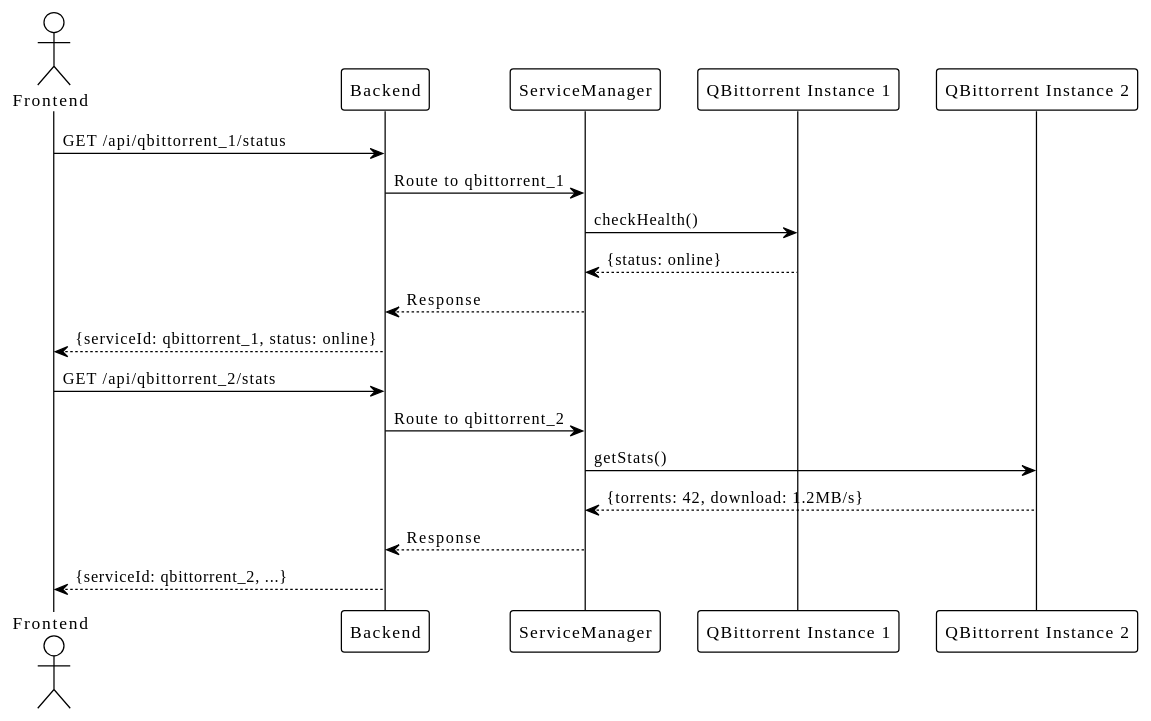
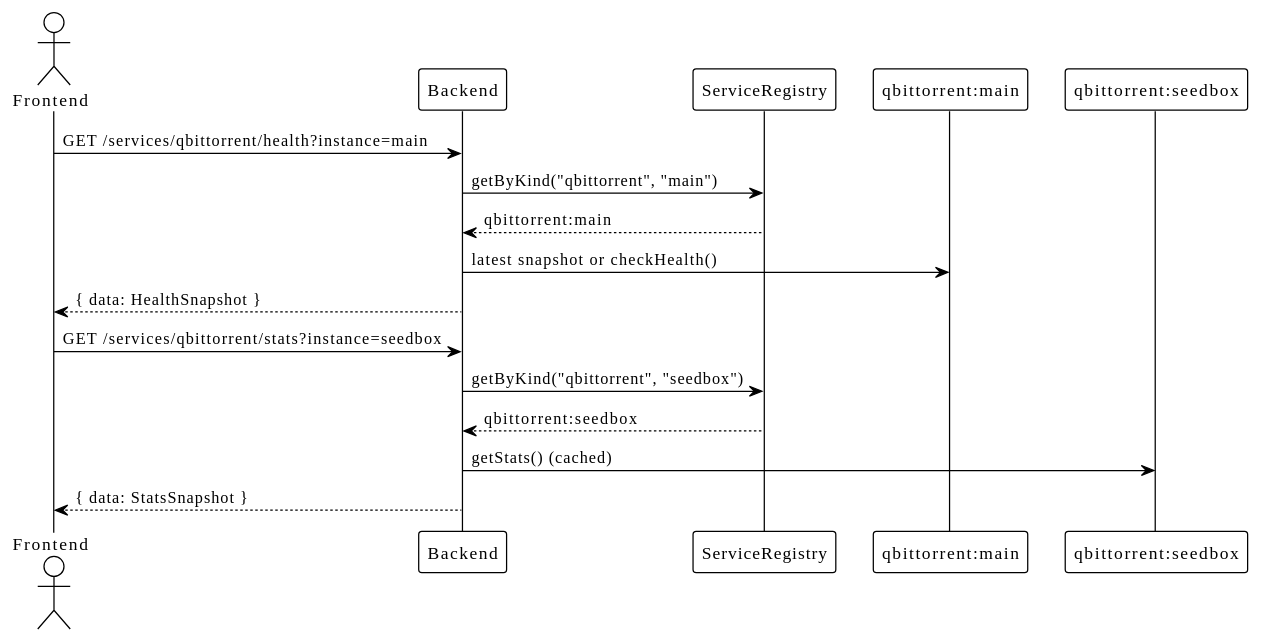
Before and after one commit to EraPartner/Watchman: the second of 3 diagrams in docs/features/multi-instance.md, drawn with PlantUML. The commit also changed other lines of this file and 32 other files, not shown here.

````diff
--- a/docs/features/multi-instance.md
+++ b/docs/features/multi-instance.md
@@ -139,25 +98,23 @@
 ```plantuml
 @startuml
 !theme plain
 
 actor "Frontend" as FE
 participant "Backend" as BE
-participant "ServiceManager" as SvcMgr
-participant "QBittorrent Instance 1" as QB1
-participant "QBittorrent Instance 2" as QB2
+participant "ServiceRegistry" as Reg
+participant "qbittorrent:main" as QB1
+participant "qbittorrent:seedbox" as QB2
 
-FE -> BE : GET /api/qbittorrent_1/status
-BE -> SvcMgr : Route to qbittorrent_1
-SvcMgr -> QB1 : checkHealth()
-QB1 --> SvcMgr : {status: online}
-SvcMgr --> BE : Response
-BE --> FE : {serviceId: qbittorrent_1, status: online}
+FE -> BE : GET /services/qbittorrent/health?instance=main
+BE -> Reg : getByKind("qbittorrent", "main")
+Reg --> BE : qbittorrent:main
+BE -> QB1 : latest snapshot or checkHealth()
+BE --> FE : { data: HealthSnapshot }
 
-FE -> BE : GET /api/qbittorrent_2/stats
-BE -> SvcMgr : Route to qbittorrent_2
-SvcMgr -> QB2 : getStats()
-QB2 --> SvcMgr : {torrents: 42, download: 1.2MB/s}
-SvcMgr --> BE : Response
-BE --> FE : {serviceId: qbittorrent_2, ...}
+FE -> BE : GET /services/qbittorrent/stats?instance=seedbox
+BE -> Reg : getByKind("qbittorrent", "seedbox")
+Reg --> BE : qbittorrent:seedbox
+BE -> QB2 : getStats() (cached)
+BE --> FE : { data: StatsSnapshot }
 @enduml
 ```
````
